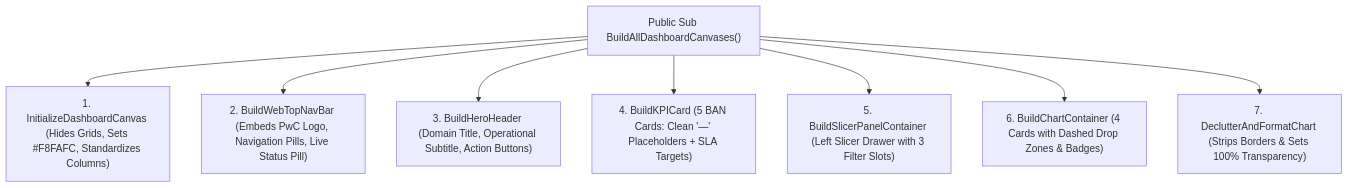
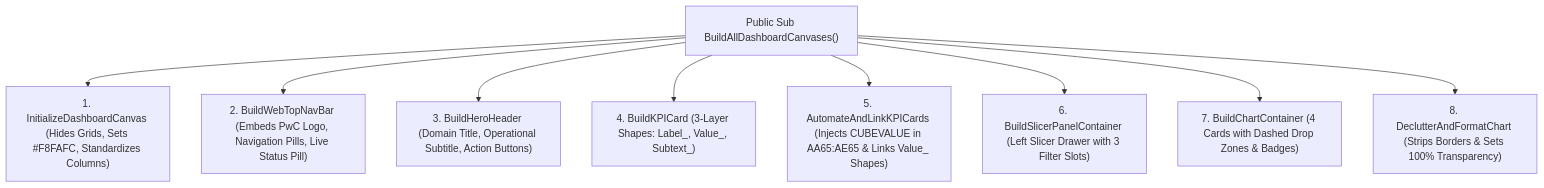
The second of 2 diagrams in docs/07_dashboard_background_and_uiux_guide.md (Sohila-Khaled-Abbas/pwc-switzerland-virtual-case), drawn with Mermaid before and after one commit. The commit also changed other lines of this file and 3 other files, not shown here.

````diff
--- a/docs/07_dashboard_background_and_uiux_guide.md
+++ b/docs/07_dashboard_background_and_uiux_guide.md
@@ -95,10 +110,11 @@
 ```mermaid
 graph TD
     A["Public Sub BuildAllDashboardCanvases()"] --> B["1. InitializeDashboardCanvas (Hides Grids, Sets #F8FAFC, Standardizes Columns)"]
     A --> C["2. BuildWebTopNavBar (Embeds PwC Logo, Navigation Pills, Live Status Pill)"]
     A --> D["3. BuildHeroHeader (Domain Title, Operational Subtitle, Action Buttons)"]
-    A --> E["4. BuildKPICard (5 BAN Cards: Clean '—' Placeholders + SLA Targets)"]
-    A --> F["5. BuildSlicerPanelContainer (Left Slicer Drawer with 3 Filter Slots)"]
-    A --> G["6. BuildChartContainer (4 Cards with Dashed Drop Zones & Badges)"]
-    A --> H["7. DeclutterAndFormatChart (Strips Borders & Sets 100% Transparency)"]
+    A --> E["4. BuildKPICard (3-Layer Shapes: Label_, Value_, Subtext_)"]
+    A --> F["5. AutomateAndLinkKPICards (Injects CUBEVALUE in AA65:AE65 & Links Value_ Shapes)"]
+    A --> G["6. BuildSlicerPanelContainer (Left Slicer Drawer with 3 Filter Slots)"]
+    A --> H["7. BuildChartContainer (4 Cards with Dashed Drop Zones & Badges)"]
+    A --> I["8. DeclutterAndFormatChart (Strips Borders & Sets 100% Transparency)"]
 ```
````
